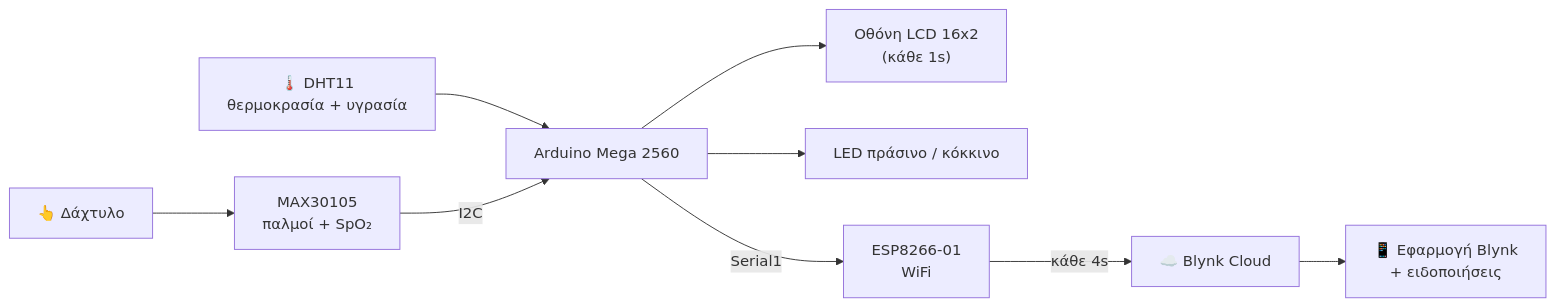
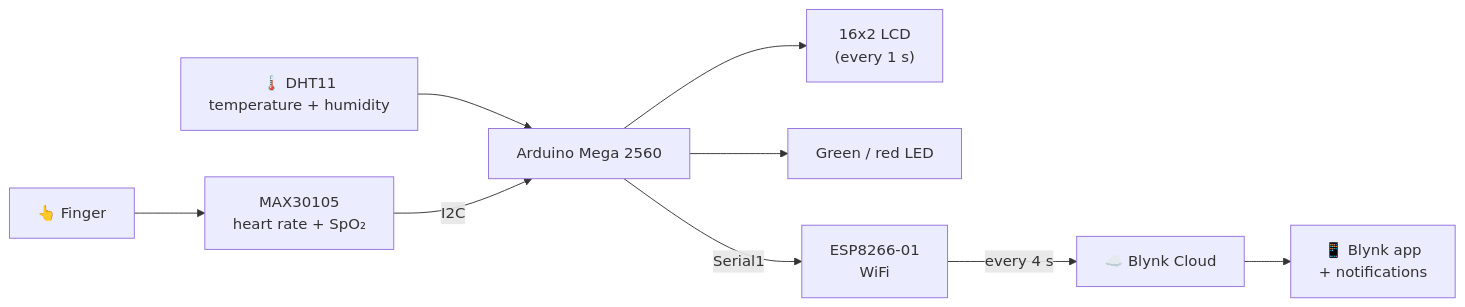
Before and after one commit to anastasiagkl18/Health-Monitor: the diagram in README.md, drawn with Mermaid. The commit also changed other lines of this file and 1 other file, not shown here.

````diff
--- a/README.md
+++ b/README.md
@@ -43,11 +44,11 @@
 ```mermaid
 flowchart LR
-    A["👆 Δάχτυλο"] --> B["MAX30105<br/>παλμοί + SpO₂"]
-    T["🌡️ DHT11<br/>θερμοκρασία + υγρασία"] --> M
+    A["👆 Finger"] --> B["MAX30105<br/>heart rate + SpO₂"]
+    T["🌡️ DHT11<br/>temperature + humidity"] --> M
     B -->|I2C| M["Arduino Mega 2560"]
-    M --> L["Οθόνη LCD 16x2<br/>(κάθε 1s)"]
-    M --> G["LED πράσινο / κόκκινο"]
+    M --> L["16x2 LCD<br/>(every 1 s)"]
+    M --> G["Green / red LED"]
     M -->|Serial1| E["ESP8266-01<br/>WiFi"]
-    E -->|"κάθε 4s"| C["☁️ Blynk Cloud"]
-    C --> P["📱 Εφαρμογή Blynk<br/>+ ειδοποιήσεις"]
+    E -->|"every 4 s"| C["☁️ Blynk Cloud"]
+    C --> P["📱 Blynk app<br/>+ notifications"]
 ```
````
